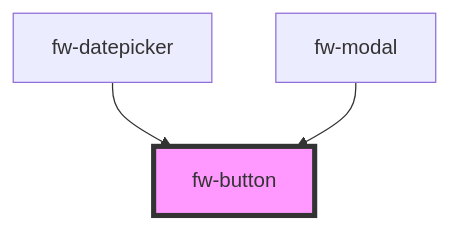
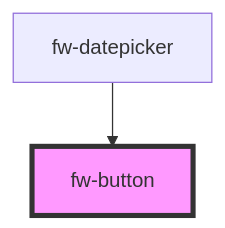
Before and after one commit to freshworks/crayons: the diagram in src/components/button/readme.md, drawn with Mermaid. The commit also changed other lines of this file and 5 other files, not shown here.

````diff
--- a/src/components/button/readme.md
+++ b/src/components/button/readme.md
@@ -73,6 +72,5 @@
 ```mermaid
 graph TD;
   fw-datepicker --> fw-button
-  fw-modal --> fw-button
   style fw-button fill:#f9f,stroke:#333,stroke-width:4px
 ```
````
